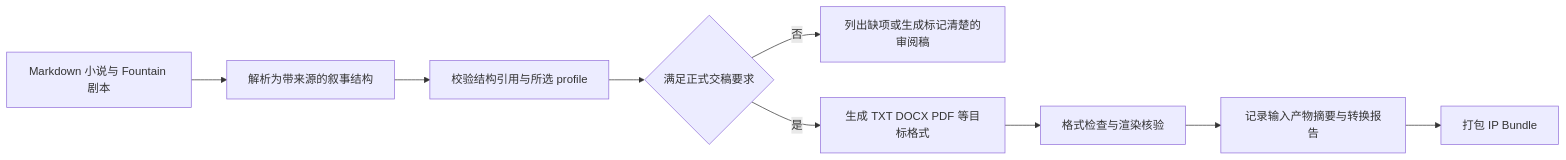
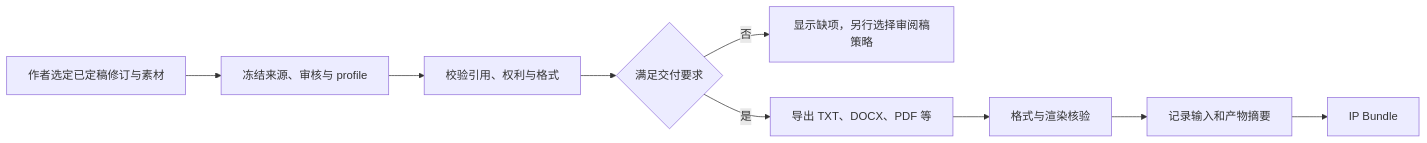
Before and after one commit to limecloud/hetu: diagram 14 of 33 in docs/23-业务流程与MCP时序.md, drawn with Mermaid. The commit also changed other lines of this file and 252 other files, not shown here.

````diff
--- a/docs/23-业务流程与MCP时序.md
+++ b/docs/23-业务流程与MCP时序.md
@@ -184,11 +384,11 @@
 ```mermaid
 flowchart LR
-    source["Markdown 小说与 Fountain 剧本"] --> parse["解析为带来源的叙事结构"]
-    parse --> validate["校验结构引用与所选 profile"]
-    validate --> complete{"满足正式交稿要求"}
-    complete -->|"否"| gaps["列出缺项或生成标记清楚的审阅稿"]
-    complete -->|"是"| render["生成 TXT DOCX PDF 等目标格式"]
-    render --> inspect["格式检查与渲染核验"]
-    inspect --> manifest["记录输入产物摘要与转换报告"]
-    manifest --> bundle["打包 IP Bundle"]
+    select["作者选定已定稿修订与素材"] --> freeze["冻结来源、审核与 profile"]
+    freeze --> check["校验引用、权利与格式"]
+    check --> valid{"满足交付要求"}
+    valid -->|"否"| gaps["显示缺项，另行选择审阅稿策略"]
+    valid -->|"是"| render["导出 TXT、DOCX、PDF 等"]
+    render --> inspect["格式与渲染核验"]
+    inspect --> manifest["记录输入和产物摘要"]
+    manifest --> bundle["IP Bundle"]
 ```
````
